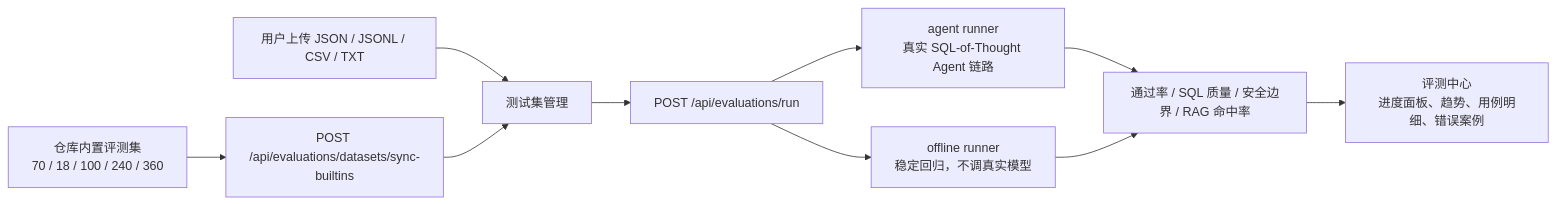
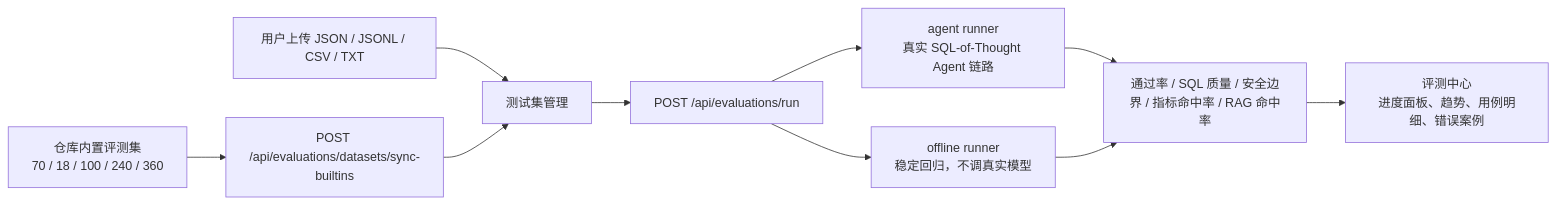
Before and after one commit to chenpan979/DataWhisperer: the third of 3 diagrams in README.md, drawn with Mermaid. The commit also changed other lines of this file and 17 other files, not shown here.

````diff
--- a/README.md
+++ b/README.md
@@ -263,12 +265,12 @@
 ```mermaid
 flowchart LR
     BUILTIN["仓库内置评测集<br/>70 / 18 / 100 / 240 / 360"] --> SYNC["POST /api/evaluations/datasets/sync-builtins"]
     UPLOAD["用户上传 JSON / JSONL / CSV / TXT"] --> DATASETS["测试集管理"]
     SYNC --> DATASETS
     DATASETS --> RUN["POST /api/evaluations/run"]
     RUN --> OFFLINE["offline runner<br/>稳定回归，不调真实模型"]
     RUN --> AGENT["agent runner<br/>真实 SQL-of-Thought Agent 链路"]
-    AGENT --> KPIS["通过率 / SQL 质量 / 安全边界 / RAG 命中率"]
+    AGENT --> KPIS["通过率 / SQL 质量 / 安全边界 / 指标命中率 / RAG 命中率"]
     OFFLINE --> KPIS
     KPIS --> UI["评测中心<br/>进度面板、趋势、用例明细、错误案例"]
 ```
````
